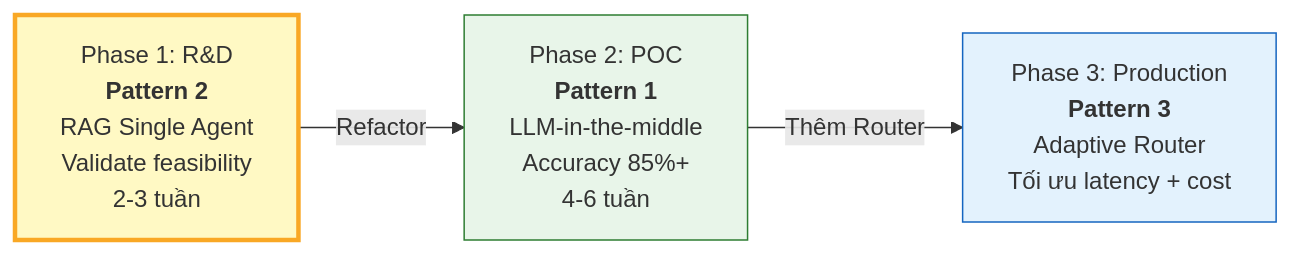
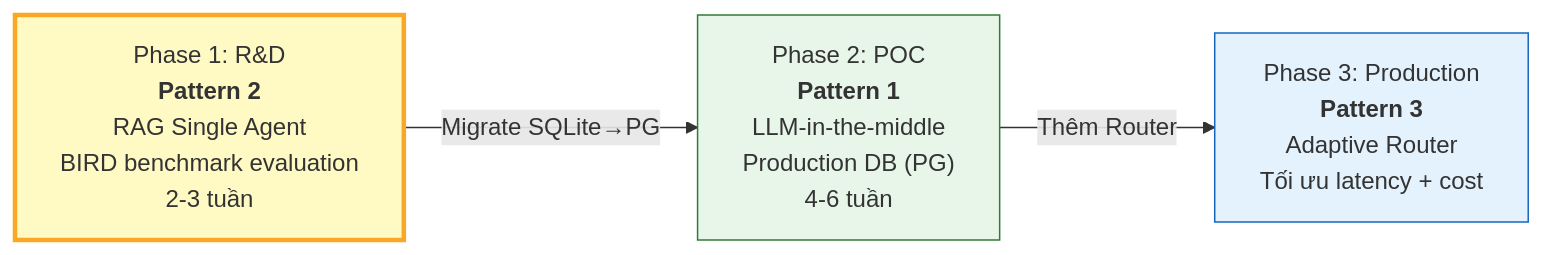
One commit to Learnheart/Text2SQL changed the second of 2 diagrams in docs/03_Technical_Assessment/pattern_2_rag_single_agent/01_design_pattern.md. Above: the diagram before and after it, drawn with Mermaid. The commit also changed other lines of this file and 17 other files, not shown here.

First line of the commit message:
migrate all docs from banking schema to BIRD multi-database

````diff
--- a/docs/03_Technical_Assessment/pattern_2_rag_single_agent/01_design_pattern.md
+++ b/docs/03_Technical_Assessment/pattern_2_rag_single_agent/01_design_pattern.md
@@ -183,13 +177,13 @@
 ```mermaid
 graph LR
-    P2["Phase 1: R&D<br/><b>Pattern 2</b><br/>RAG Single Agent<br/>Validate feasibility<br/>2-3 tuần"]
-    P1["Phase 2: POC<br/><b>Pattern 1</b><br/>LLM-in-the-middle<br/>Accuracy 85%+<br/>4-6 tuần"]
+    P2["Phase 1: R&D<br/><b>Pattern 2</b><br/>RAG Single Agent<br/>BIRD benchmark evaluation<br/>2-3 tuần"]
+    P1["Phase 2: POC<br/><b>Pattern 1</b><br/>LLM-in-the-middle<br/>Production DB (PG)<br/>4-6 tuần"]
     P3["Phase 3: Production<br/><b>Pattern 3</b><br/>Adaptive Router<br/>Tối ưu latency + cost"]
 
-    P2 -->|"Refactor"| P1
+    P2 -->|"Migrate SQLite→PG"| P1
     P1 -->|"Thêm Router"| P3
 
     style P2 fill:#fff9c4,stroke:#f9a825,stroke-width:3px
     style P1 fill:#e8f5e9,stroke:#2e7d32
     style P3 fill:#e3f2fd,stroke:#1565c0
 ```
````
